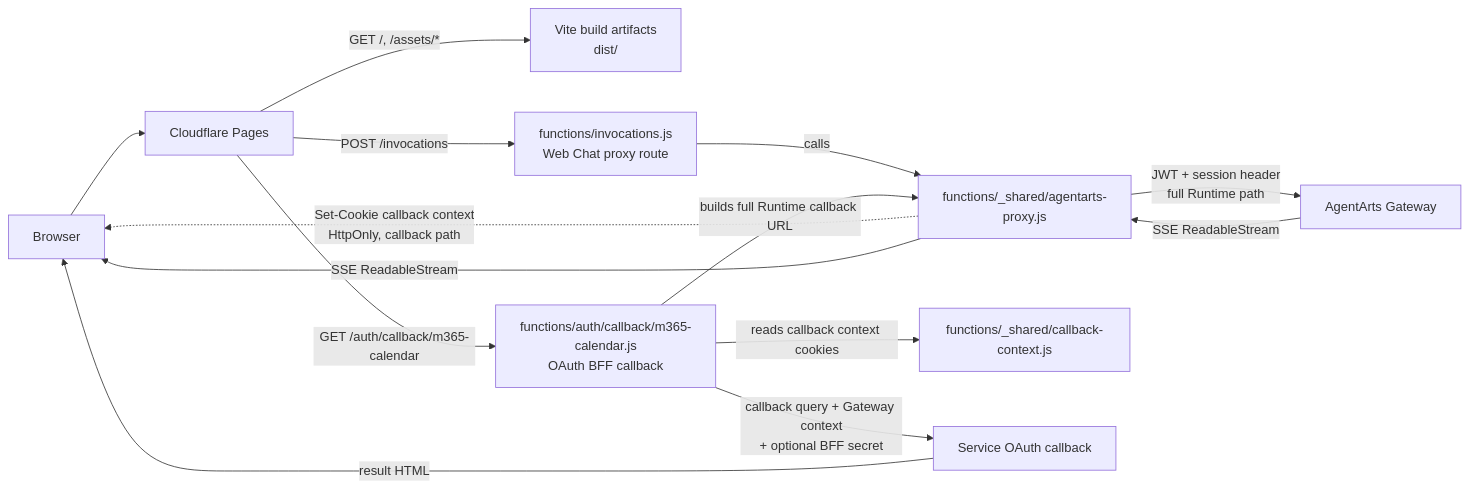
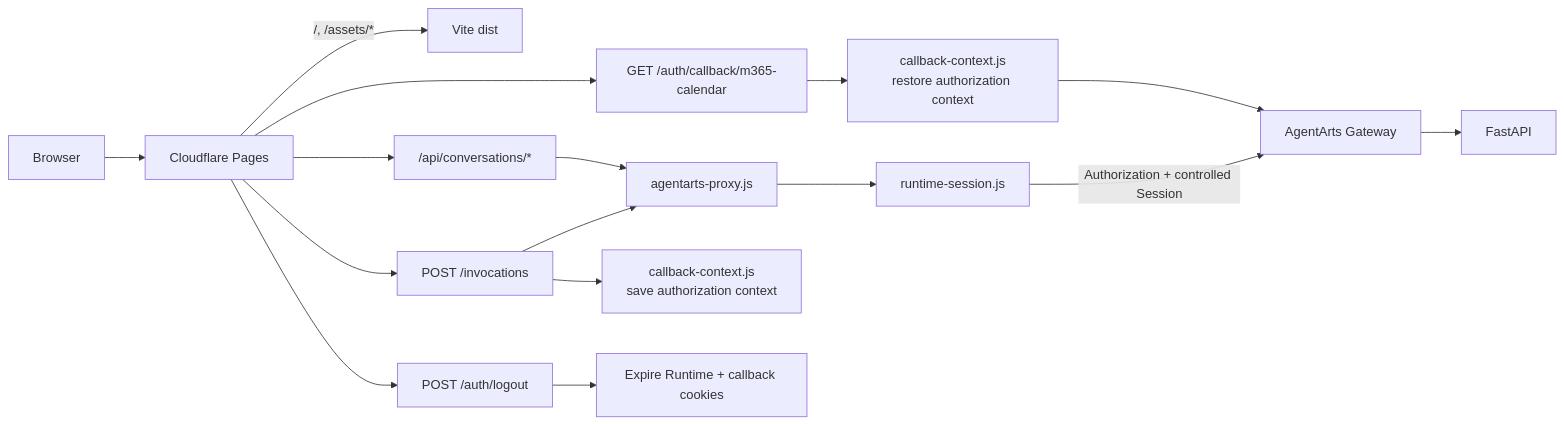
The first of 2 diagrams in personal-assistant-meta/architecture/cloud-service/cloudflare/pages.md (T-1009/personal-assistant), drawn with Mermaid before and after one commit. The commit also changed other lines of this file and 105 other files, not shown here.

First line of the commit message:
feat: implement multi-session runtime pre-warm with session cookies, conversation API, and sidebar UI

````diff
--- a/personal-assistant-meta/architecture/cloud-service/cloudflare/pages.md
+++ b/personal-assistant-meta/architecture/cloud-service/cloudflare/pages.md
@@ -10,18 +13,21 @@
 ```mermaid
 flowchart LR
     Browser["Browser"] --> Pages["Cloudflare Pages"]
+    Pages -->|"/, /assets/*"| Assets["Vite dist"]
 
-    Pages -->|"GET /, /assets/*"| Assets["Vite build artifacts<br/>dist/"]
-    Pages -->|"POST /invocations"| InvocationsFn["functions/invocations.js<br/>Web Chat proxy route"]
-    Pages -->|"GET /auth/callback/m365-calendar"| CallbackFn["functions/auth/callback/m365-calendar.js<br/>OAuth BFF callback"]
+    Pages --> Invocation["POST /invocations"]
+    Pages --> Conversations["/api/conversations/*"]
+    Pages --> Callback["GET /auth/callback/m365-calendar"]
+    Pages --> Logout["POST /auth/logout"]
 
-    InvocationsFn -->|"calls"| Proxy["functions/_shared/agentarts-proxy.js"]
-    Proxy -->|"JWT + session header<br/>full Runtime path"| Gateway["AgentArts Gateway"]
-    Proxy -.->|"Set-Cookie callback context<br/>HttpOnly, callback path"| Browser
-    CallbackFn -->|"builds full Runtime callback URL"| Proxy
-    CallbackFn -->|"reads callback context cookies"| Context["functions/_shared/callback-context.js"]
-    CallbackFn -->|"callback query + Gateway context<br/>+ optional BFF secret"| OAuthCallback["Service OAuth callback"]
-    Gateway -->|"SSE ReadableStream"| Proxy
-    Proxy -->|"SSE ReadableStream"| Browser
-    OAuthCallback -->|"result HTML"| Browser
+    Invocation --> Proxy["agentarts-proxy.js"]
+    Conversations --> Proxy
+    Proxy --> Resolver["runtime-session.js"]
+    Resolver -->|"Authorization + controlled Session"| Gateway["AgentArts Gateway"]
+    Gateway --> Service["FastAPI"]
+
+    Invocation --> Snapshot["callback-context.js<br/>save authorization context"]
+    Callback --> Restore["callback-context.js<br/>restore authorization context"]
+    Restore --> Gateway
+    Logout --> Clear["Expire Runtime + callback cookies"]
 ```
````
